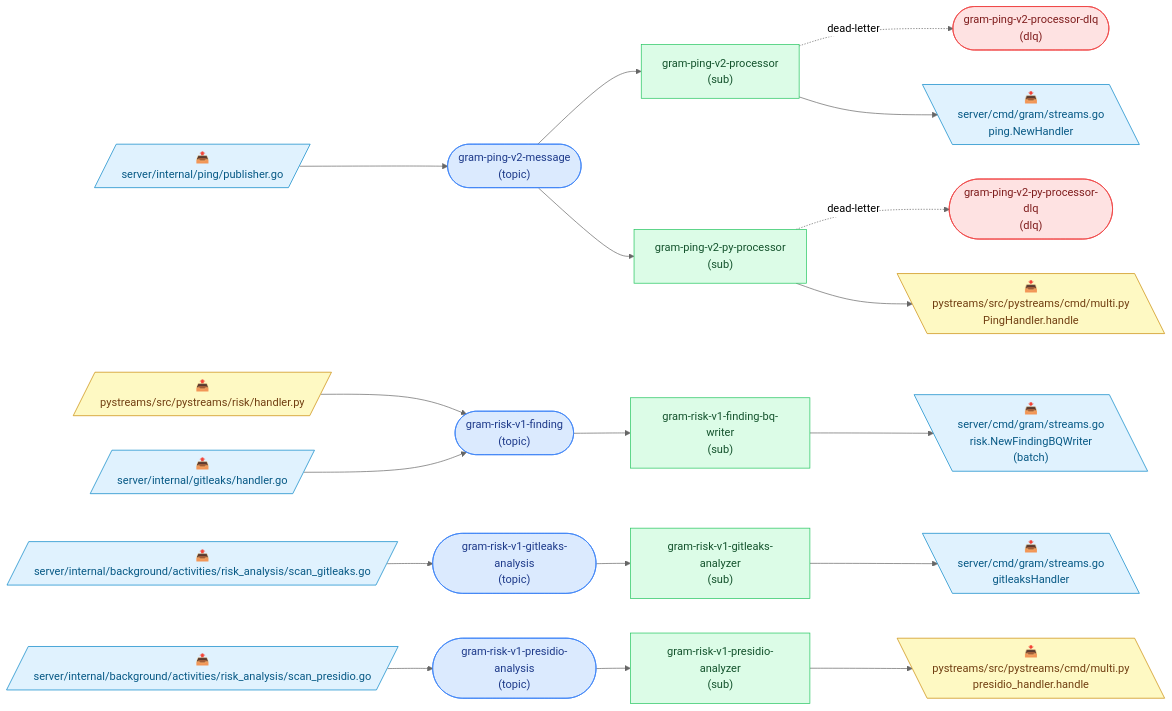
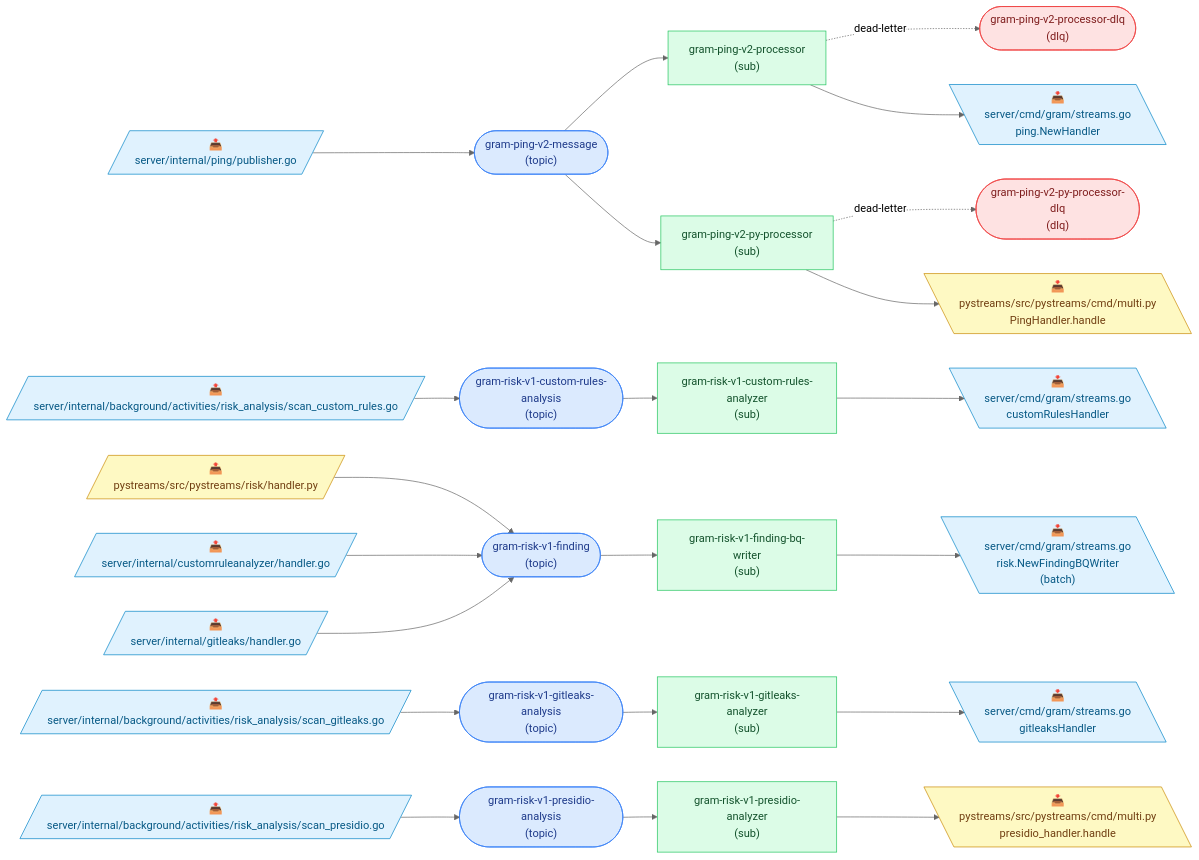
Before and after one commit to speakeasy-api/gram: the diagram in docs/pubsub-topology.md, drawn with Mermaid (neutral theme). The commit also changed other lines of this file and 26 other files, not shown here.

First line of the commit message:
feat: async custom-rules risk analyzer over pub/sub

````diff
--- a/docs/pubsub-topology.md
+++ b/docs/pubsub-topology.md
@@ -9,49 +9,58 @@
 ```mermaid
 flowchart LR
   classDef topic fill:#dbeafe,stroke:#3b82f6,color:#1e3a8a;
   classDef dlq fill:#fee2e2,stroke:#ef4444,color:#7f1d1d;
   classDef sub fill:#dcfce7,stroke:#22c55e,color:#14532d;
   classDef go fill:#e0f2fe,stroke:#0284c7,color:#075985;
   classDef python fill:#fef9c3,stroke:#ca8a04,color:#713f12;
   classDef deprecated stroke-dasharray:4 3,opacity:0.55;
 
   t_gram_ping_v2_message(["gram-ping-v2-message<br/>(topic)"]):::topic
   t_gram_ping_v2_processor_dlq(["gram-ping-v2-processor-dlq<br/>(dlq)"]):::dlq
   t_gram_ping_v2_py_processor_dlq(["gram-ping-v2-py-processor-dlq<br/>(dlq)"]):::dlq
+  t_gram_risk_v1_custom_rules_analysis(["gram-risk-v1-custom-rules-analysis<br/>(topic)"]):::topic
   t_gram_risk_v1_finding(["gram-risk-v1-finding<br/>(topic)"]):::topic
   t_gram_risk_v1_gitleaks_analysis(["gram-risk-v1-gitleaks-analysis<br/>(topic)"]):::topic
   t_gram_risk_v1_presidio_analysis(["gram-risk-v1-presidio-analysis<br/>(topic)"]):::topic
   s_gram_ping_v2_processor["gram-ping-v2-processor<br/>(sub)"]:::sub
   s_gram_ping_v2_py_processor["gram-ping-v2-py-processor<br/>(sub)"]:::sub
+  s_gram_risk_v1_custom_rules_analyzer["gram-risk-v1-custom-rules-analyzer<br/>(sub)"]:::sub
   s_gram_risk_v1_finding_bq_writer["gram-risk-v1-finding-bq-writer<br/>(sub)"]:::sub
   s_gram_risk_v1_gitleaks_analyzer["gram-risk-v1-gitleaks-analyzer<br/>(sub)"]:::sub
   s_gram_risk_v1_presidio_analyzer["gram-risk-v1-presidio-analyzer<br/>(sub)"]:::sub
 
   p0[/"📤<br/>server/internal/ping/publisher.go"/]:::go
   p0 --> t_gram_ping_v2_message
-  p1[/"📤<br/>pystreams/src/pystreams/risk/handler.py"/]:::python
-  p1 --> t_gram_risk_v1_finding
-  p2[/"📤<br/>server/internal/gitleaks/handler.go"/]:::go
+  p1[/"📤<br/>server/internal/background/activities/risk_analysis/scan_custom_rules.go"/]:::go
+  p1 --> t_gram_risk_v1_custom_rules_analysis
+  p2[/"📤<br/>pystreams/src/pystreams/risk/handler.py"/]:::python
   p2 --> t_gram_risk_v1_finding
-  p3[/"📤<br/>server/internal/background/activities/risk_analysis/scan_gitleaks.go"/]:::go
-  p3 --> t_gram_risk_v1_gitleaks_analysis
-  p4[/"📤<br/>server/internal/background/activities/risk_analysis/scan_presidio.go"/]:::go
-  p4 --> t_gram_risk_v1_presidio_analysis
+  p3[/"📤<br/>server/internal/customruleanalyzer/handler.go"/]:::go
+  p3 --> t_gram_risk_v1_finding
+  p4[/"📤<br/>server/internal/gitleaks/handler.go"/]:::go
+  p4 --> t_gram_risk_v1_finding
+  p5[/"📤<br/>server/internal/background/activities/risk_analysis/scan_gitleaks.go"/]:::go
+  p5 --> t_gram_risk_v1_gitleaks_analysis
+  p6[/"📤<br/>server/internal/background/activities/risk_analysis/scan_presidio.go"/]:::go
+  p6 --> t_gram_risk_v1_presidio_analysis
   t_gram_ping_v2_message --> s_gram_ping_v2_processor
   s_gram_ping_v2_processor -. dead-letter .-> t_gram_ping_v2_processor_dlq
   t_gram_ping_v2_message --> s_gram_ping_v2_py_processor
   s_gram_ping_v2_py_processor -. dead-letter .-> t_gram_ping_v2_py_processor_dlq
+  t_gram_risk_v1_custom_rules_analysis --> s_gram_risk_v1_custom_rules_analyzer
   t_gram_risk_v1_finding --> s_gram_risk_v1_finding_bq_writer
   t_gram_risk_v1_gitleaks_analysis --> s_gram_risk_v1_gitleaks_analyzer
   t_gram_risk_v1_presidio_analysis --> s_gram_risk_v1_presidio_analyzer
-  c5[\"📥<br/>server/cmd/gram/streams.go<br/>ping.NewHandler"\]:::go
-  s_gram_ping_v2_processor --> c5
-  c6[\"📥<br/>pystreams/src/pystreams/cmd/multi.py<br/>PingHandler.handle"\]:::python
-  s_gram_ping_v2_py_processor --> c6
-  c7[\"📥<br/>server/cmd/gram/streams.go<br/>risk.NewFindingBQWriter<br/>(batch)"\]:::go
-  s_gram_risk_v1_finding_bq_writer --> c7
-  c8[\"📥<br/>server/cmd/gram/streams.go<br/>gitleaksHandler"\]:::go
-  s_gram_risk_v1_gitleaks_analyzer --> c8
-  c9[\"📥<br/>pystreams/src/pystreams/cmd/multi.py<br/>presidio_handler.handle"\]:::python
-  s_gram_risk_v1_presidio_analyzer --> c9
+  c7[\"📥<br/>server/cmd/gram/streams.go<br/>ping.NewHandler"\]:::go
+  s_gram_ping_v2_processor --> c7
+  c8[\"📥<br/>pystreams/src/pystreams/cmd/multi.py<br/>PingHandler.handle"\]:::python
+  s_gram_ping_v2_py_processor --> c8
+  c9[\"📥<br/>server/cmd/gram/streams.go<br/>customRulesHandler"\]:::go
+  s_gram_risk_v1_custom_rules_analyzer --> c9
+  c10[\"📥<br/>server/cmd/gram/streams.go<br/>risk.NewFindingBQWriter<br/>(batch)"\]:::go
+  s_gram_risk_v1_finding_bq_writer --> c10
+  c11[\"📥<br/>server/cmd/gram/streams.go<br/>gitleaksHandler"\]:::go
+  s_gram_risk_v1_gitleaks_analyzer --> c11
+  c12[\"📥<br/>pystreams/src/pystreams/cmd/multi.py<br/>presidio_handler.handle"\]:::python
+  s_gram_risk_v1_presidio_analyzer --> c12
 ```
````
